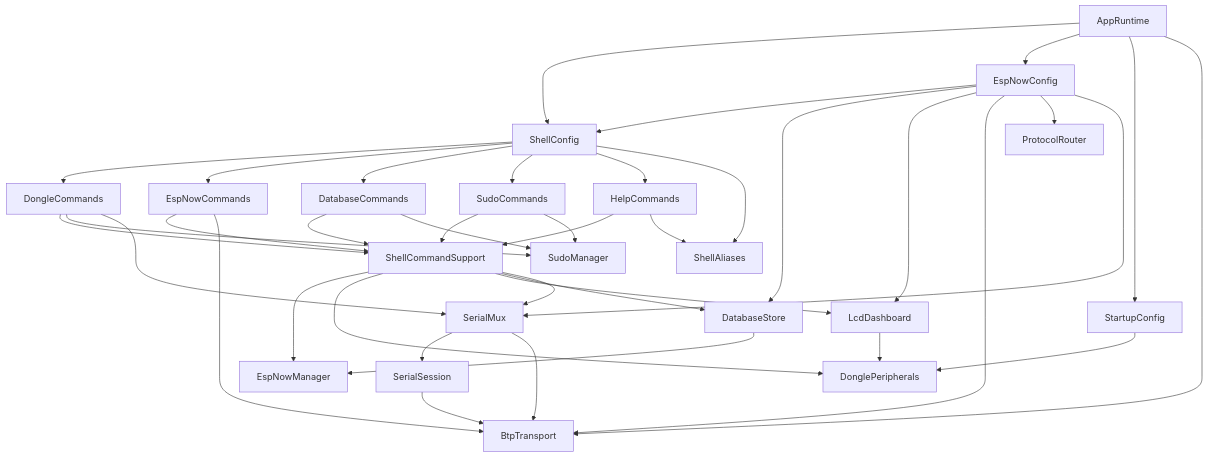
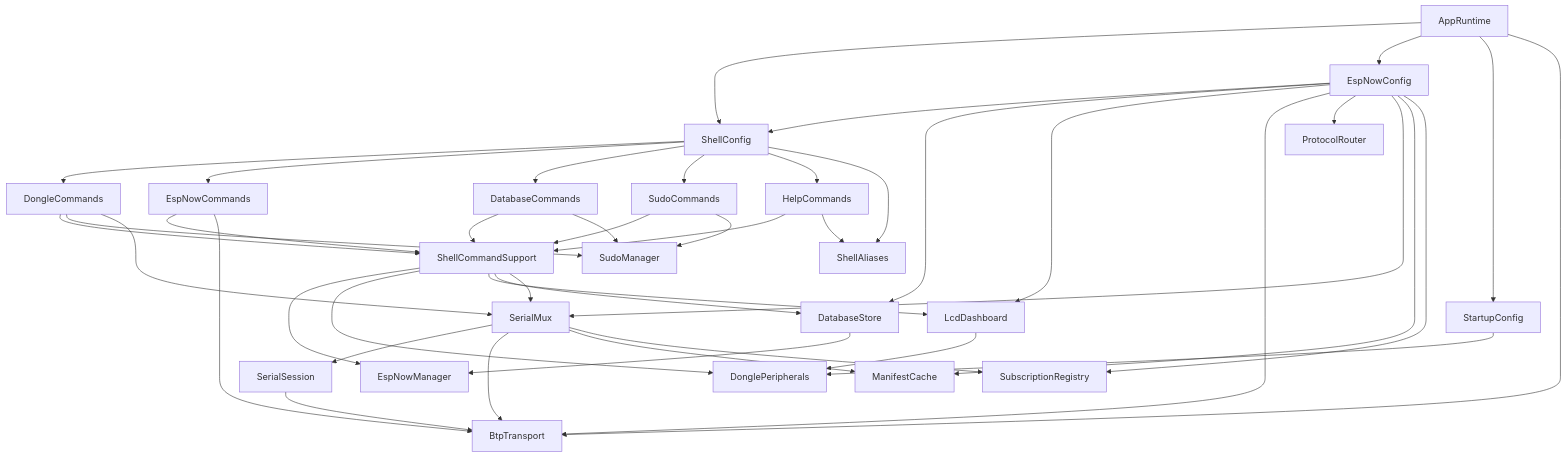
The diagram in README.md (AlisonTristao/t_dongle_develop), drawn with Mermaid before and after one commit. The commit also changed other lines of this file and 7 other files, not shown here.

First line of the commit message:
Audit and fix dongle SubscriptionRegistry (topico 17)

````diff
--- a/README.md
+++ b/README.md
@@ -101,41 +107,45 @@
 ```mermaid
 graph TD
     AppRuntime --> ShellConfig
     AppRuntime --> EspNowConfig
     AppRuntime --> StartupConfig
     AppRuntime --> BtpTransport
     EspNowConfig --> ShellConfig
     EspNowConfig --> DatabaseStore
     EspNowConfig --> LcdDashboard
     EspNowConfig --> BtpTransport
     EspNowConfig --> ProtocolRouter
     ShellConfig --> DongleCommands
     ShellConfig --> EspNowCommands
     ShellConfig --> DatabaseCommands
     ShellConfig --> SudoCommands
     ShellConfig --> HelpCommands
     ShellConfig --> ShellAliases
     DongleCommands --> ShellCommandSupport
     EspNowCommands --> ShellCommandSupport
     EspNowCommands --> BtpTransport
     DatabaseCommands --> ShellCommandSupport
     SudoCommands --> ShellCommandSupport
     HelpCommands --> ShellCommandSupport
     DongleCommands --> SudoManager
     DatabaseCommands --> SudoManager
     SudoCommands --> SudoManager
     HelpCommands --> ShellAliases
     ShellCommandSupport --> EspNowManager
     ShellCommandSupport --> DonglePeripherals
     ShellCommandSupport --> LcdDashboard
     ShellCommandSupport --> DatabaseStore
     ShellCommandSupport --> SerialMux
     DatabaseStore --> EspNowManager
     LcdDashboard --> DonglePeripherals
     StartupConfig --> DonglePeripherals
     DongleCommands --> SerialMux
     EspNowConfig --> SerialMux
     SerialMux --> SerialSession
     SerialMux --> BtpTransport
+    SerialMux --> ManifestCache
+    SerialMux --> SubscriptionRegistry
+    EspNowConfig --> ManifestCache
+    EspNowConfig --> SubscriptionRegistry
     SerialSession --> BtpTransport
 ```
````
